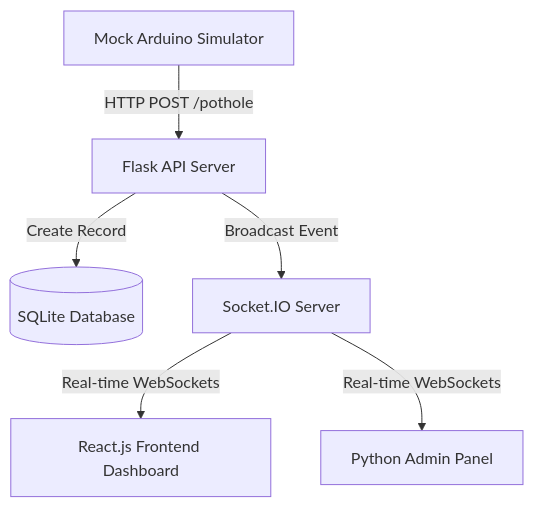
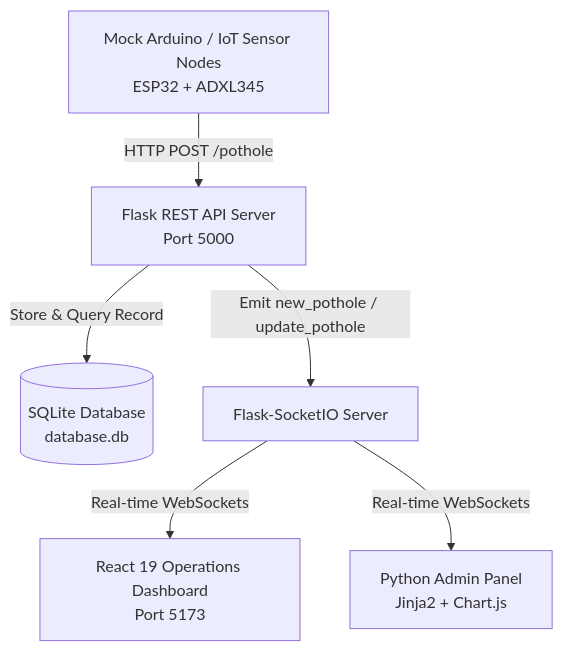
The diagram in Orama README.md (HARSHMOHAN01/ORAMA), drawn with Mermaid before and after one commit. The commit also changed other lines of this file and 1 other file, not shown here.

````diff
--- a/Orama README.md
+++ b/Orama README.md
@@ -7,8 +53,8 @@
 ```mermaid
 graph TD
-    A[Mock Arduino Simulator] -- HTTP POST /pothole --> B[Flask API Server]
-    B -- Create Record --> C[(SQLite Database)]
-    B -- Broadcast Event --> D[Socket.IO Server]
-    D -- Real-time WebSockets --> E[React.js Frontend Dashboard]
-    D -- Real-time WebSockets --> F[Python Admin Panel]
+    A[Mock Arduino / IoT Sensor Nodes<br/>ESP32 + ADXL345] -- HTTP POST /pothole --> B[Flask REST API Server<br/>Port 5000]
+    B -- Store & Query Record --> C[(SQLite Database<br/>database.db)]
+    B -- Emit new_pothole / update_pothole --> D[Flask-SocketIO Server]
+    D -- Real-time WebSockets --> E[React 19 Operations Dashboard<br/>Port 5173]
+    D -- Real-time WebSockets --> F[Python Admin Panel<br/>Jinja2 + Chart.js]
 ```
````
